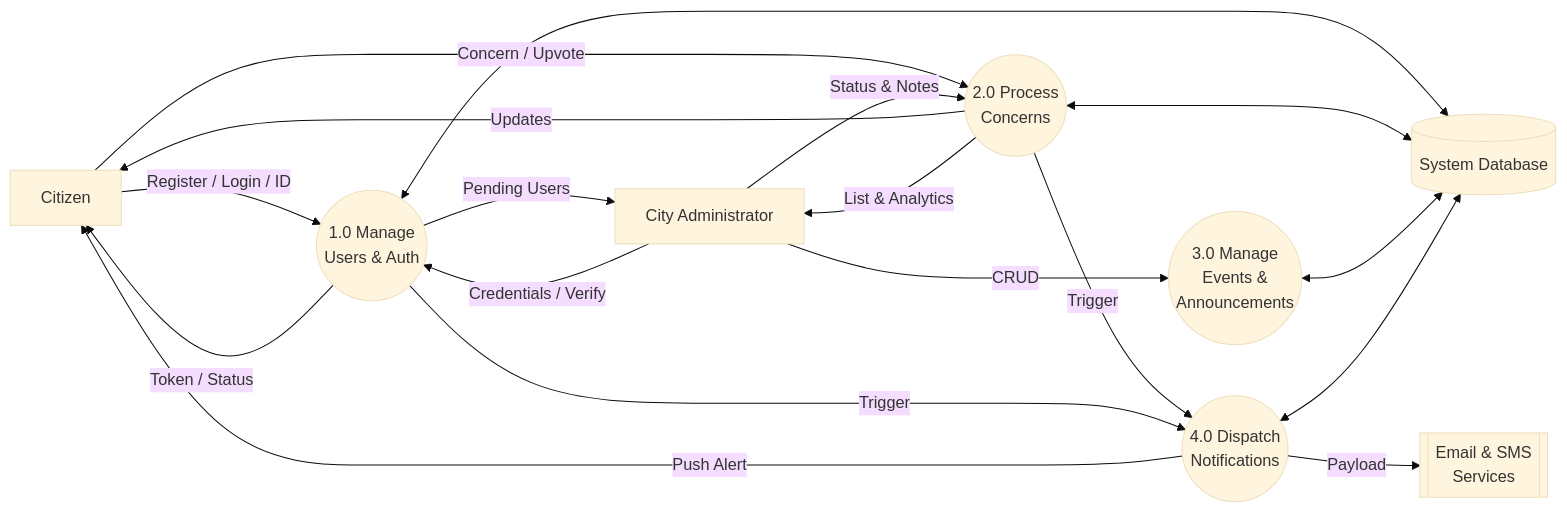
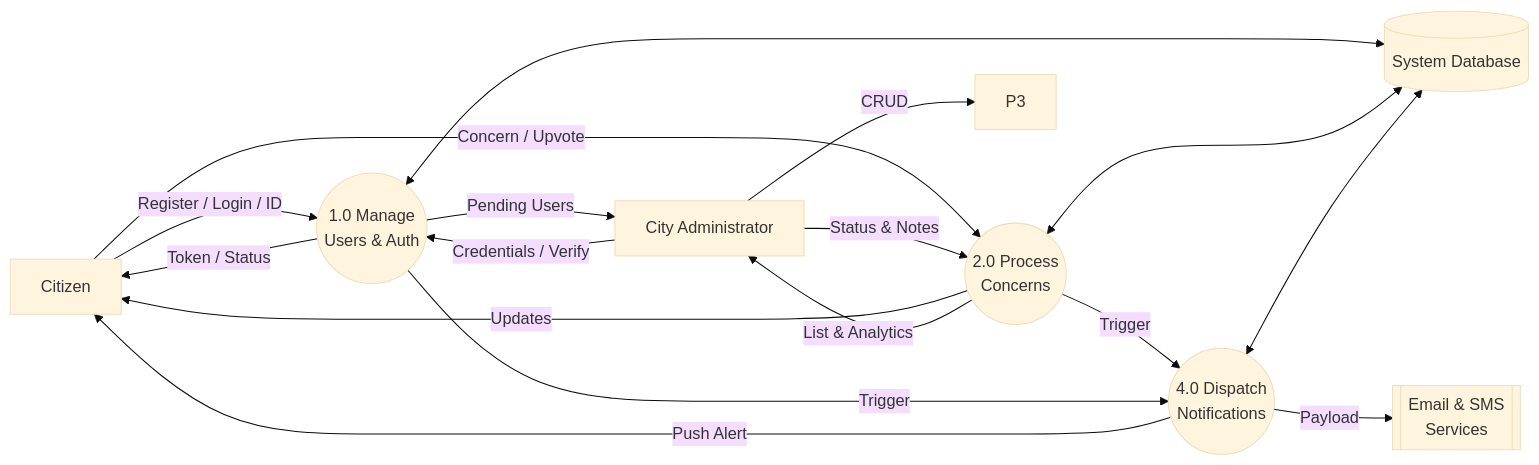
The third of 8 diagrams in diagrams.md (palingubaerwin029-ai/citivoice), drawn with Mermaid (base theme) before and after one commit. The commit also changed other lines of this file and 1 other file, not shown here.

Commit message:
Cleanup: Completely removed announcements and events from the entire system

````diff
--- a/diagrams.md
+++ b/diagrams.md
@@ -185,35 +161,33 @@
 ```mermaid
 flowchart LR
     Citizen[Citizen]
     Admin[City Administrator]
 
     P1(("1.0 Manage<br/>Users & Auth"))
     P2(("2.0 Process<br/>Concerns"))
-    P3(("3.0 Manage<br/>Events &<br/>Announcements"))
     P4(("4.0 Dispatch<br/>Notifications"))
 
     DB[(System Database)]
 
     ExtNotif[[Email & SMS<br/>Services]]
 
     Citizen -- "Register / Login / ID" --> P1
     P1 -- "Token / Status" --> Citizen
     Citizen -- "Concern / Upvote" --> P2
     P2 -- "Updates" --> Citizen
     P4 -- "Push Alert" --> Citizen
 
     Admin -- "Credentials / Verify" --> P1
     P1 -- "Pending Users" --> Admin
     Admin -- "Status & Notes" --> P2
     P2 -- "List & Analytics" --> Admin
     Admin -- "CRUD" --> P3
 
     P1 <--> DB
     P2 <--> DB
-    P3 <--> DB
     P4 <--> DB
 
     P2 -- "Trigger" --> P4
     P1 -- "Trigger" --> P4
     P4 -- "Payload" --> ExtNotif
 ```
````
